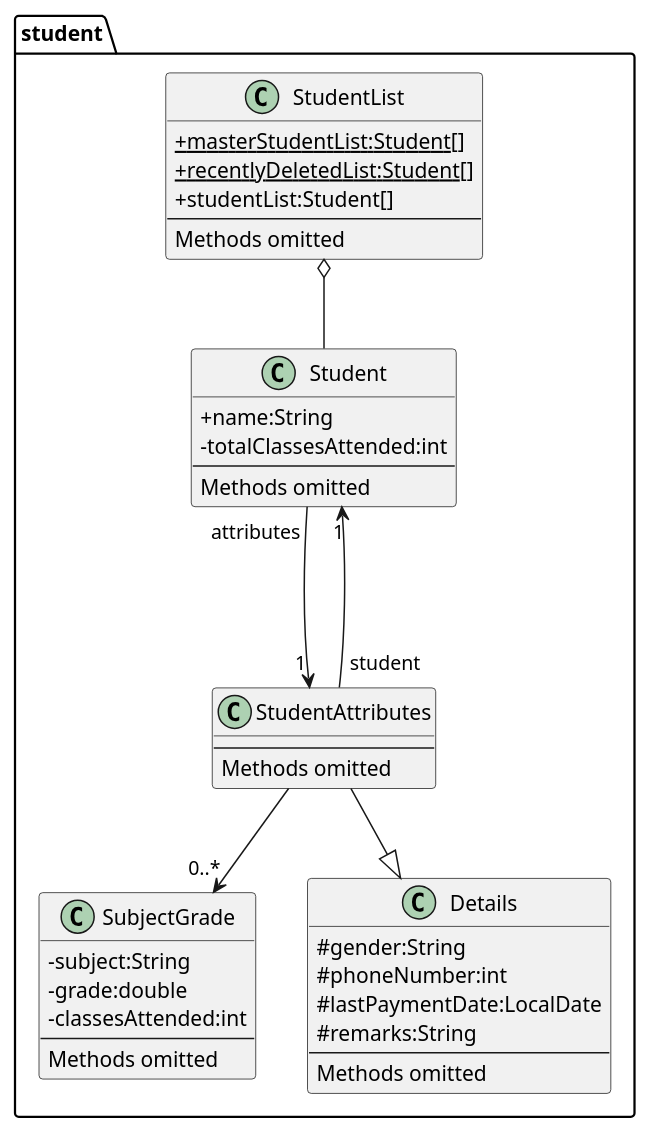
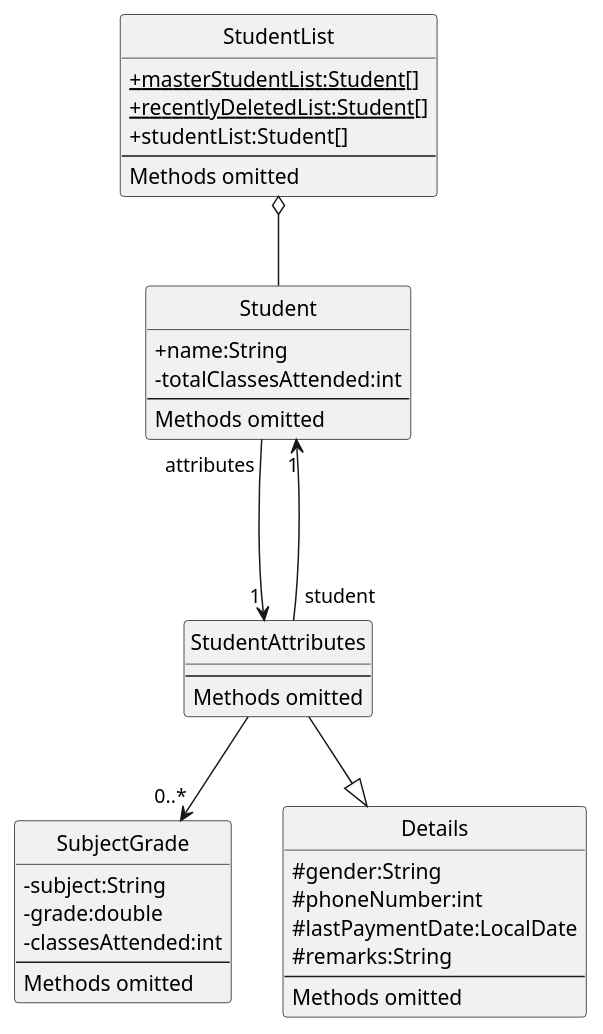
One commit to blackmirag3/Classify changed the diagram in docs/diagrams/src/DataStoring/DataStoring.puml. Above: the diagram before and after it, drawn with PlantUML. The commit also changed 6 other files, not shown here.

```diff
--- a/docs/diagrams/src/DataStoring/DataStoring.puml
+++ b/docs/diagrams/src/DataStoring/DataStoring.puml
@@ -1,52 +1,51 @@
 @startuml DateStoring
 skinparam classAttributeIconSize 0
-package student {
-
-    class StudentList {
-        {static} +masterStudentList:Student[]
-        {static} +recentlyDeletedList:Student[]
-        +studentList:Student[]
-        --
-        Methods omitted
-    }
-
-    class Student {
-        +name:String
-        -totalClassesAttended:int
-        --
-        Methods omitted
-    }
-
-    class SubjectGrade {
-        -subject:String
-        -grade:double
-        -classesAttended:int
-        --
-        Methods omitted
-    }
-
-    class Details {
-        #gender:String 
-        #phoneNumber:int
-        #lastPaymentDate:LocalDate
-        #remarks:String
-        --
-        Methods omitted
-    }
-
-    class StudentAttributes {
-        --
-        Methods omitted
-    }
-
-    StudentList o-- Student
-
-    Student "attributes"---> "1" StudentAttributes
-
-    StudentAttributes --down|> Details
-    StudentAttributes -->"0..*" SubjectGrade
-    StudentAttributes "student" --> "1" Student
-
+hide circle
+class StudentList {
+    {static} +masterStudentList:Student[]
+    {static} +recentlyDeletedList:Student[]
+    +studentList:Student[]
+    --
+    Methods omitted
 }
 
+class Student {
+    +name:String
+    -totalClassesAttended:int
+    --
+    Methods omitted
+}
+
+class SubjectGrade {
+    -subject:String
+    -grade:double
+    -classesAttended:int
+    --
+    Methods omitted
+}
+
+class Details {
+    #gender:String 
+    #phoneNumber:int
+    #lastPaymentDate:LocalDate
+    #remarks:String
+    --
+    Methods omitted
+}
+
+class StudentAttributes {
+    --
+    Methods omitted
+}
+
+StudentList o-- Student
+
+Student "attributes"---> "1" StudentAttributes
+
+StudentAttributes --down|> Details
+StudentAttributes -->"0..*" SubjectGrade
+StudentAttributes "student" --> "1" Student
+
+
+
 @enduml
```
